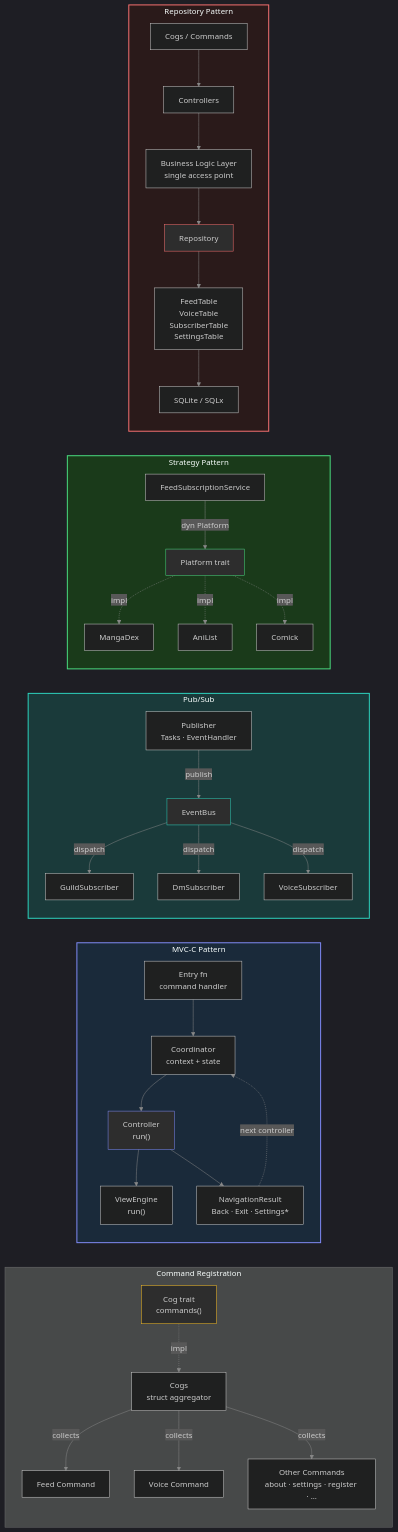
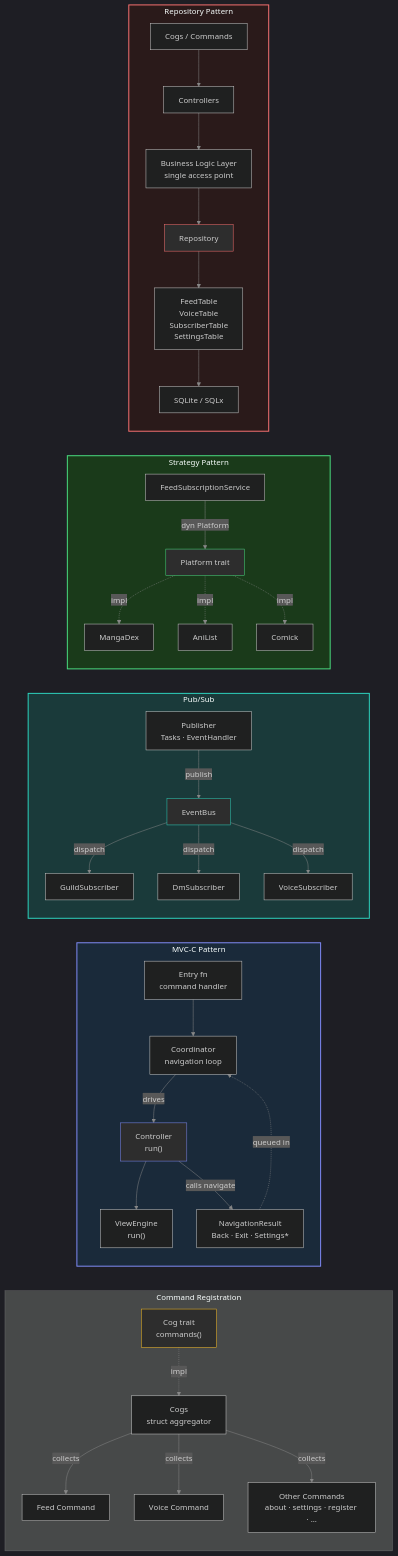
The diagram in docs/diagrams/architecture-patterns.mmd (FAZuH/pwr-bot), drawn with Mermaid before and after one commit. The commit also changed 7 other files, not shown here.

```diff
--- a/docs/diagrams/architecture-patterns.mmd
+++ b/docs/diagrams/architecture-patterns.mmd
@@ -1,79 +1,79 @@
 %%{init: {
   'theme': 'dark',
   'themeVariables': {
     'primaryColor': '#1e1e1e',
     'primaryTextColor': '#ffffff',
     'primaryBorderColor': '#ffffff',
     'lineColor': '#888888',
     'secondaryColor': '#2d2d2d',
     'tertiaryColor': '#1e1e1e'
   }
 }}%%
 graph LR
     subgraph CommandAggregation["Command Registration"]
         direction TB
         CogTrait["Cog trait<br/>commands()"]
         Cogs2["Cogs<br/>struct aggregator"]
         FeedCmd["Feed Command"]
         VoiceCmd["Voice Command"]
         OtherCmds["Other Commands<br/>about · settings · register · ..."]
         CogTrait -.->|impl| Cogs2
         Cogs2 -->|collects| FeedCmd & VoiceCmd & OtherCmds
     end
 
     subgraph MVCC["MVC-C Pattern"]
         direction TB
         Entry["Entry fn<br/>command handler"]
-        Coord["Coordinator<br/>context + state"]
+        Coord["Coordinator<br/>navigation loop"]
         Ctrl["Controller<br/>run()"]
         View2["ViewEngine<br/>run()"]
         Nav["NavigationResult<br/>Back · Exit · Settings*"]
-        Entry --> Coord --> Ctrl
+        Entry --> Coord -->|drives| Ctrl
         Ctrl --> View2
-        Ctrl --> Nav
-        Nav -.->|next controller| Coord
+        Ctrl -->|calls navigate| Nav
+        Nav -.->|queued in| Coord
     end
 
     subgraph PubSub2["Pub/Sub"]
         direction TB
         Pub["Publisher<br/>Tasks · EventHandler"]
         Bus["EventBus"]
         S1["GuildSubscriber"]
         S2["DmSubscriber"]
         S3["VoiceSubscriber"]
         Pub -->|publish| Bus
         Bus -->|dispatch| S1 & S2 & S3
     end
 
     subgraph Strategy["Strategy Pattern"]
         direction TB
         Svc["FeedSubscriptionService"]
         PT["Platform trait"]
         MD["MangaDex"]
         AL["AniList"]
         CK["Comick"]
         Svc -->|dyn Platform| PT
         PT -.->|impl| MD & AL & CK
     end
 
     subgraph RepoPat["Repository Pattern"]
         direction TB
         Cogs["Cogs / Commands"]
         Controllers["Controllers"]
         BusinessLogic["Business Logic Layer<br/>single access point"]
         RepTrait["Repository"]
         Tables["FeedTable<br/>VoiceTable<br/>SubscriberTable<br/>SettingsTable"]
         DB["SQLite / SQLx"]
         Cogs --> Controllers --> BusinessLogic --> RepTrait --> Tables --> DB
     end
 
     style MVCC fill:#1a2a3a,stroke:#818cf8,stroke-width:2px
     style PubSub2 fill:#1a3a3a,stroke:#2dd4bf,stroke-width:2px
     style Strategy fill:#1a3a1a,stroke:#4ade80,stroke-width:2px
     style RepoPat fill:#2a1a1a,stroke:#f87171,stroke-width:2px
 
     style Bus fill:#2d2d2d,stroke:#2dd4bf
     style PT fill:#2d2d2d,stroke:#4ade80
     style RepTrait fill:#2d2d2d,stroke:#f87171
     style Ctrl fill:#2d2d2d,stroke:#818cf8
     style CogTrait fill:#2d2d2d,stroke:#fbbf24
```
